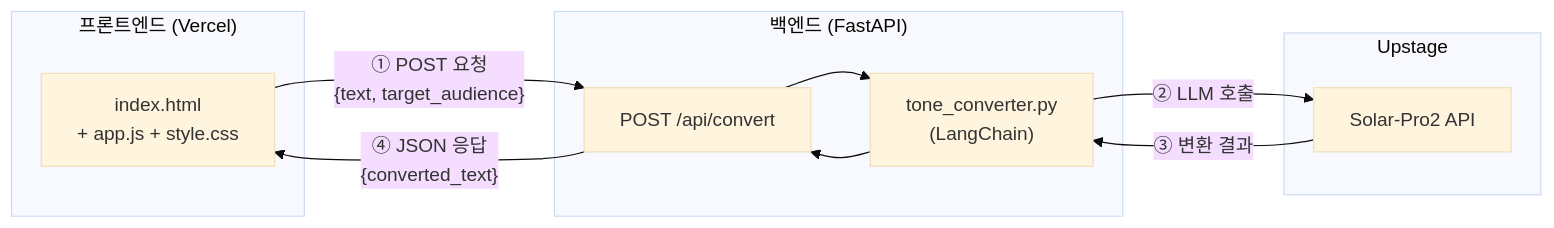
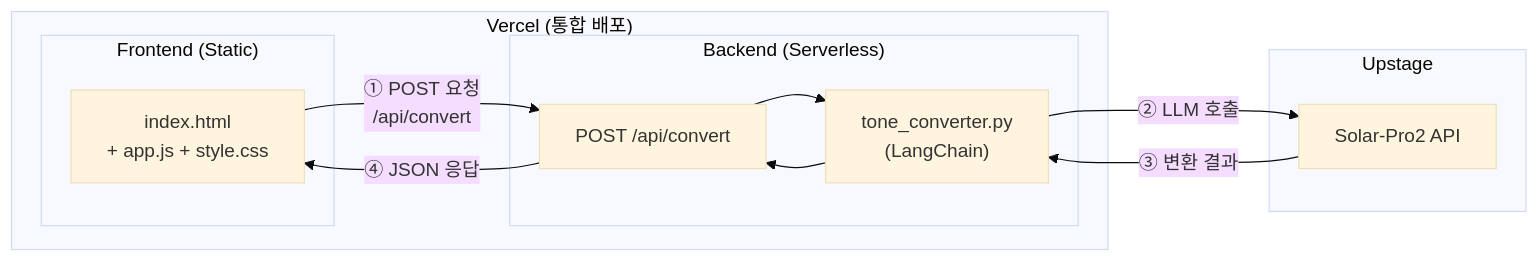
Before and after one commit to vega2kvibe2/0424_BizTalk_Gemini-CLI: the diagram in PRD_업무말투변환기.md, drawn with Mermaid (base theme). The commit also changed other lines of this file and 47 other files, not shown here.

````diff
--- a/PRD_업무말투변환기.md
+++ b/PRD_업무말투변환기.md
@@ -204,22 +211,23 @@
 ```mermaid
 graph LR
-    subgraph FE["프론트엔드 (Vercel)"]
-        HTML["index.html<br/>+ app.js + style.css"]
-    end
-
-    subgraph BE["백엔드 (FastAPI)"]
-        ROUTER["POST /api/convert"]
-        SERVICE["tone_converter.py<br/>(LangChain)"]
+    subgraph Vercel["Vercel (통합 배포)"]
+        subgraph FE["Frontend (Static)"]
+            HTML["index.html<br/>+ app.js + style.css"]
+        end
+        subgraph BE["Backend (Serverless)"]
+            ROUTER["POST /api/convert"]
+            SERVICE["tone_converter.py<br/>(LangChain)"]
+        end
     end
 
     subgraph AI["Upstage"]
         LLM["Solar-Pro2 API"]
     end
 
-    HTML -- "① POST 요청<br/>{text, target_audience}" --> ROUTER
+    HTML -- "① POST 요청<br/>/api/convert" --> ROUTER
     ROUTER --> SERVICE
     SERVICE -- "② LLM 호출" --> LLM
     LLM -- "③ 변환 결과" --> SERVICE
     SERVICE --> ROUTER
-    ROUTER -- "④ JSON 응답<br/>{converted_text}" --> HTML
+    ROUTER -- "④ JSON 응답" --> HTML
 ```
````
